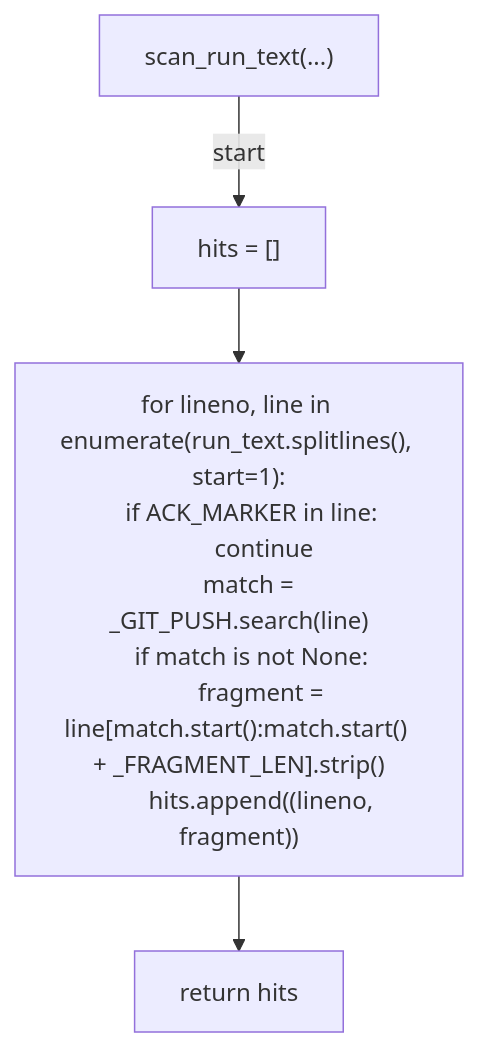
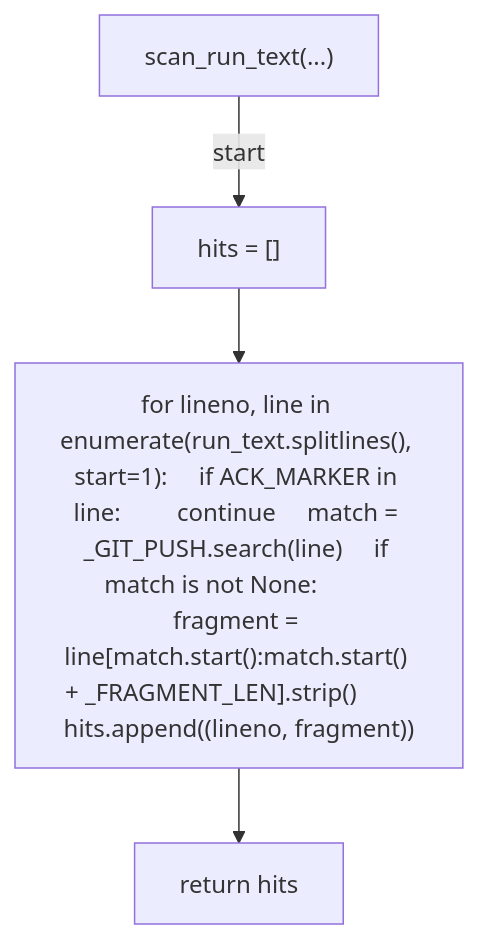
One commit to tvna/claude-md changed the third of 6 diagrams in docs/generated/scripts/ast/scan_workflow_unsigned_commit.md. Above: the diagram before and after it, drawn with Mermaid. The commit also changed other lines of this file and 23 other files, not shown here.

First line of the commit message:
docs(generated): regenerate decision tree and workflow diagrams (batch 4/5)

````diff
--- a/docs/generated/scripts/ast/scan_workflow_unsigned_commit.md
+++ b/docs/generated/scripts/ast/scan_workflow_unsigned_commit.md
@@ -55,16 +35,10 @@
 ```mermaid
 flowchart TD
     N001["scan_run_text(...)"]
     N002["hits = []"]
-    N003["for lineno, line in enumerate(run_text.splitlines(), start=1):
-    if ACK_MARKER in line:
-        continue
-    match = _GIT_PUSH.search(line)
-    if match is not None:
-        fragment = line[match.start():match.start() + _FRAGMENT_LEN].strip()
-        hits.append((lineno, fragment))"]
+    N003["for lineno, line in enumerate(run_text.splitlines(), start=1):     if ACK_MARKER in line:         continue     match = _GIT_PUSH.search(line)     if match is not None:         fragment = line[match.start():match.start() + _FRAGMENT_LEN].strip()         hits.append((lineno, fragment))"]
     N004["return hits"]
     N001 -->|"start"| N002
     N002 --> N003
     N003 --> N004
 ```
````
